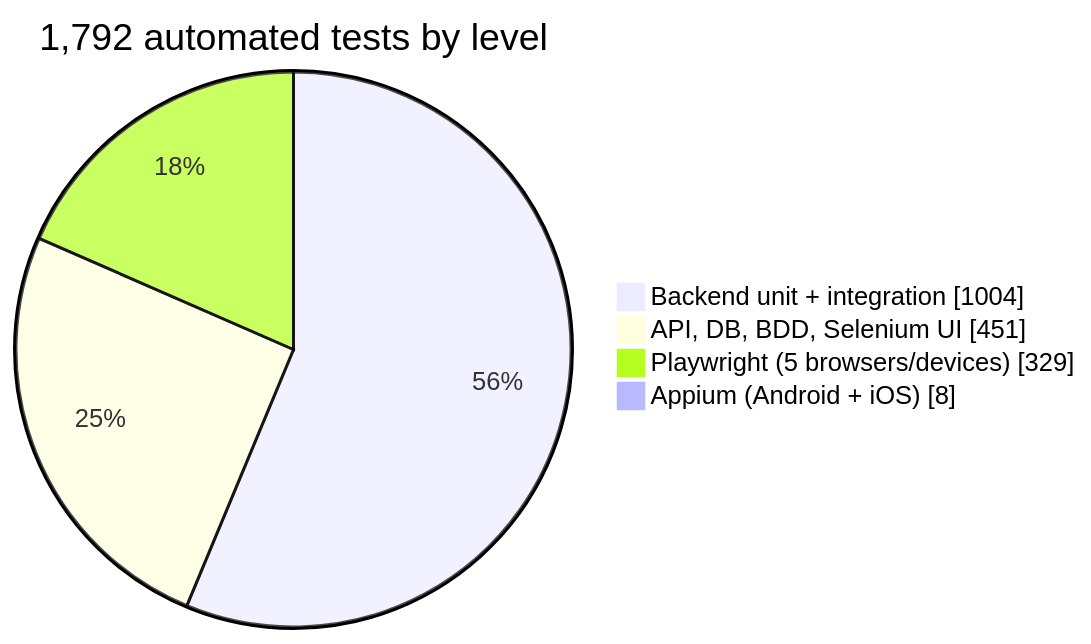
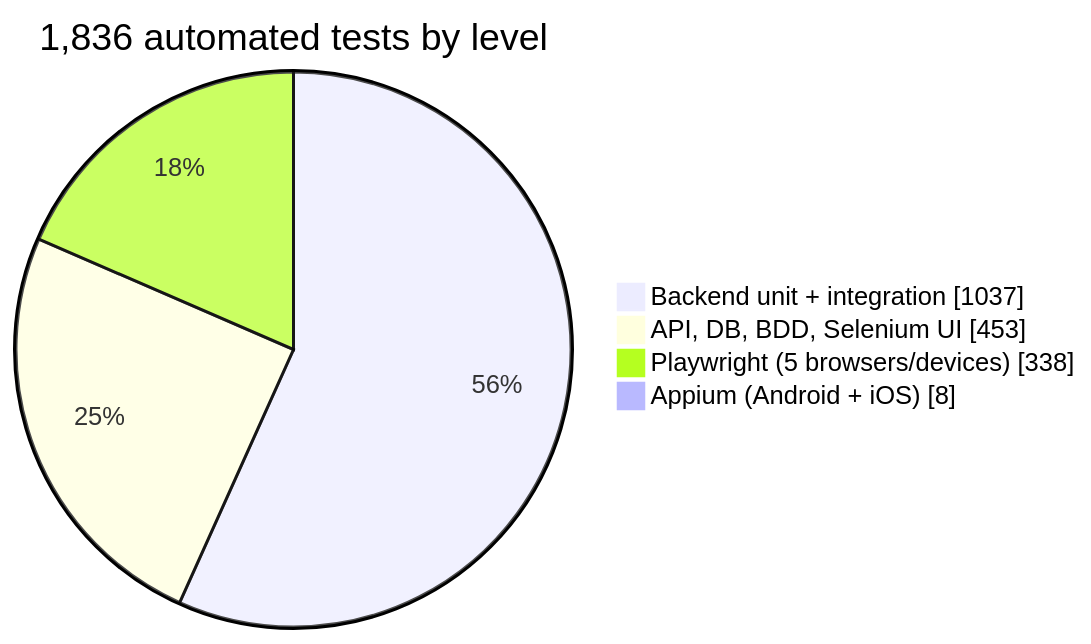
One commit to rbchy/RbcTcsWorld changed the first of 2 diagrams in README.md. Above: the diagram before and after it, drawn with Mermaid. The commit also changed other lines of this file and 2 other files, not shown here.

````diff
--- a/README.md
+++ b/README.md
@@ -44,8 +44,8 @@
 ```mermaid
 pie showData
-    title 1,792 automated tests by level
-    "Backend unit + integration" : 1004
-    "API, DB, BDD, Selenium UI" : 451
-    "Playwright (5 browsers/devices)" : 329
+    title 1,836 automated tests by level
+    "Backend unit + integration" : 1037
+    "API, DB, BDD, Selenium UI" : 453
+    "Playwright (5 browsers/devices)" : 338
     "Appium (Android + iOS)" : 8
 ```
````
